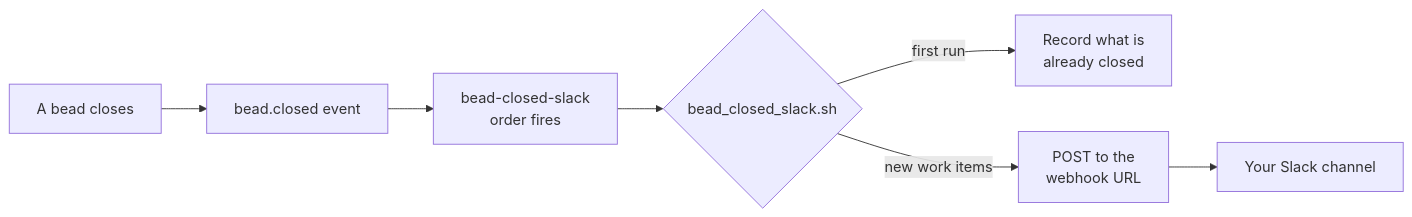
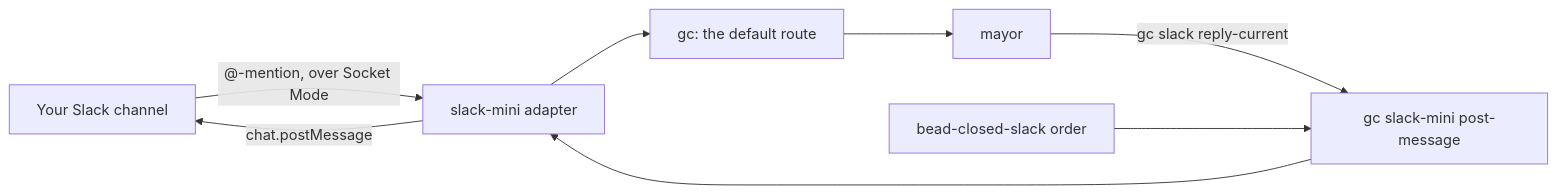
The diagram in hardening/08-slack-notifications.md (actual-software/sf-tutorial), drawn with Mermaid before and after one commit. The commit also changed other lines of this file and 10 other files, not shown here.

First line of the commit message:
Rebuild the Slack lab on gascity-packs' slack-mini (#85)

````diff
--- a/hardening/08-slack-notifications.md
+++ b/hardening/08-slack-notifications.md
@@ -51,9 +62,10 @@
 ```mermaid
 flowchart LR
-    C["A bead closes"] --> E["bead.closed event"]
-    E --> O["bead-closed-slack<br/>order fires"]
-    O --> S{"bead_closed_slack.sh"}
-    S -->|"first run"| B["Record what is<br/>already closed"]
-    S -->|"new work items"| P["POST to the<br/>webhook URL"]
-    P --> CH["Your Slack channel"]
+    S["Your Slack channel"] -->|"@-mention, over Socket Mode"| A["slack-mini adapter"]
+    A --> R["gc: the default route"]
+    R --> M["mayor"]
+    M -->|"gc slack reply-current"| P["gc slack-mini post-message"]
+    O["bead-closed-slack order"] --> P
+    P --> A
+    A -->|"chat.postMessage"| S
 ```
````
